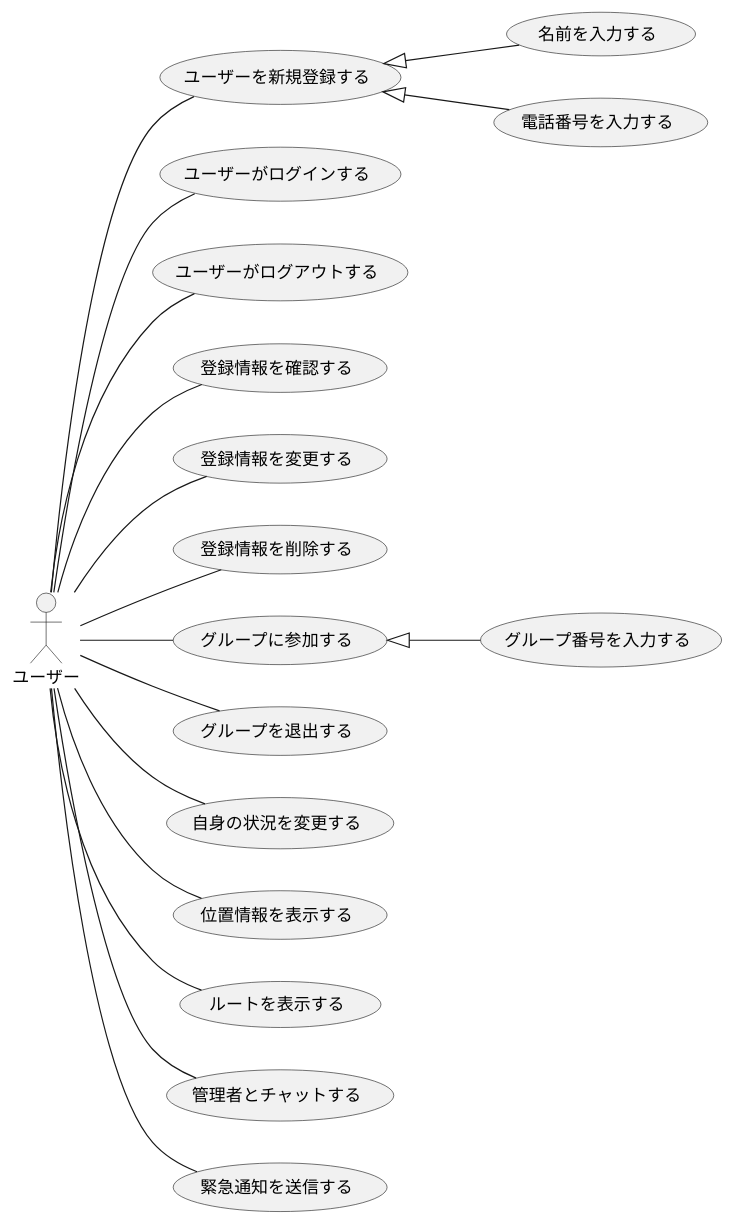
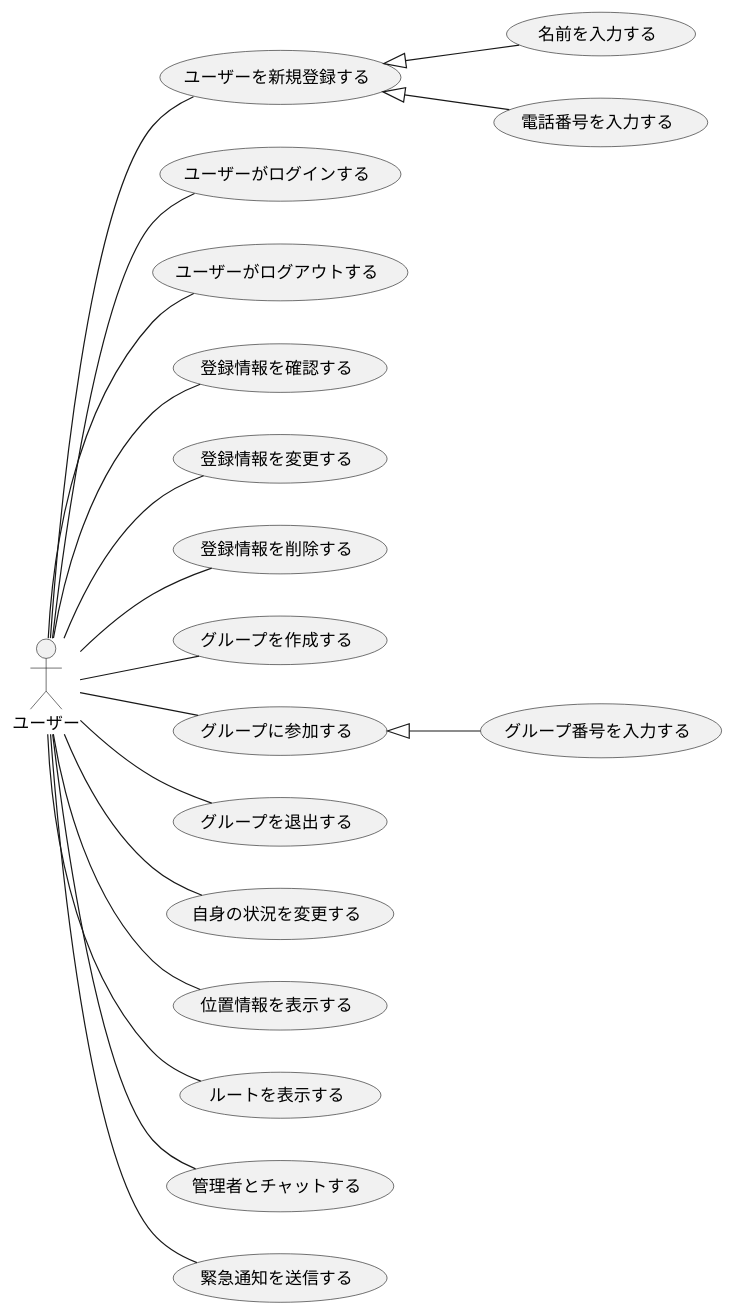
The diagram in F_usecase_user.plantuml (ksw2270227/GroupF), drawn with PlantUML before and after one commit. The commit also changed 3 other files, not shown here.

```diff
--- a/F_usecase_user.plantuml
+++ b/F_usecase_user.plantuml
@@ -1,27 +1,28 @@
 @startuml ユースケース
 
 left to right direction
 actor ユーザー
 
 ユーザー -- (ユーザーを新規登録する)
 ユーザー -- (ユーザーがログインする)
 ユーザー -- (ユーザーがログアウトする)
 ユーザー -- (登録情報を確認する)
 ユーザー -- (登録情報を変更する)
 ユーザー -- (登録情報を削除する)
+ユーザー -- (グループを作成する)
 ユーザー -- (グループに参加する)
 ユーザー -- (グループを退出する)
 ユーザー -- (自身の状況を変更する)
 ユーザー -- (位置情報を表示する)
 ユーザー -- (ルートを表示する)
 ユーザー -- (管理者とチャットする)
 ユーザー -- (緊急通知を送信する)
 
 
 
 (ユーザーを新規登録する) <|-- (名前を入力する)
 (ユーザーを新規登録する) <|-- (電話番号を入力する)
 
 (グループに参加する) <|-- (グループ番号を入力する)
 
 @enduml
```
